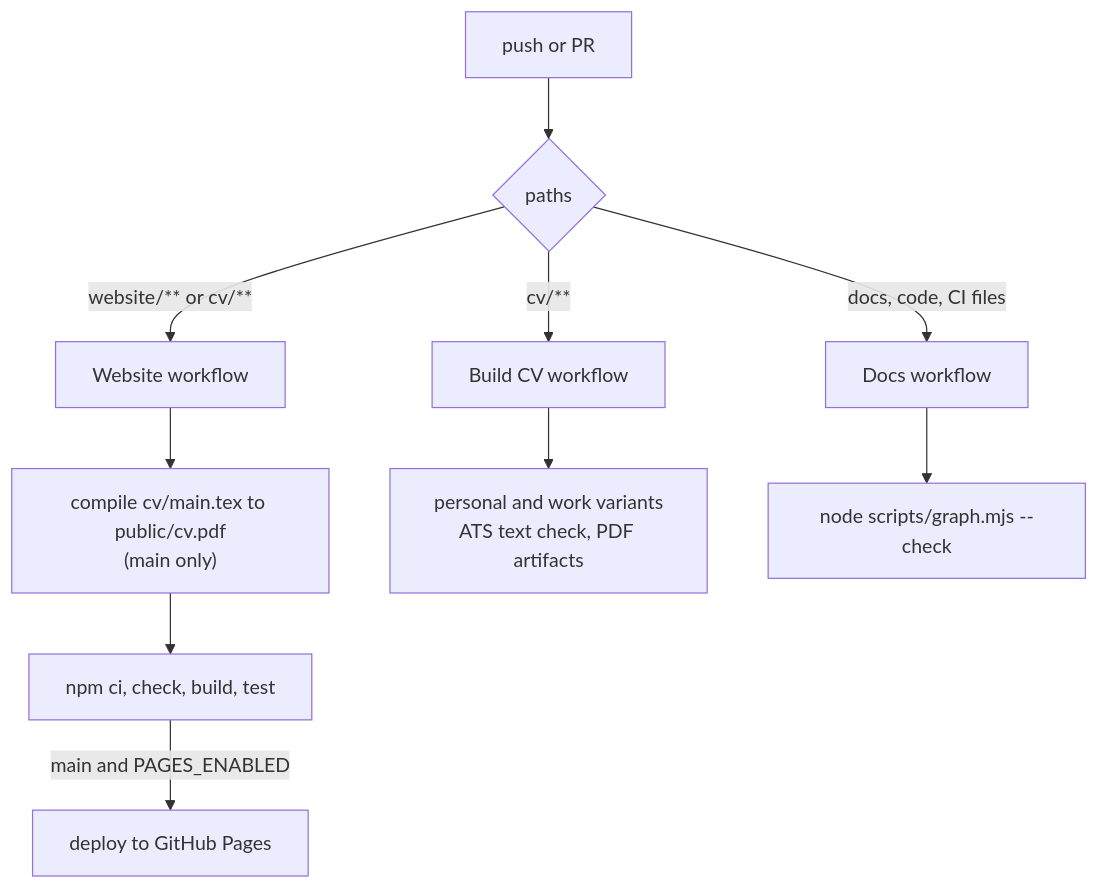
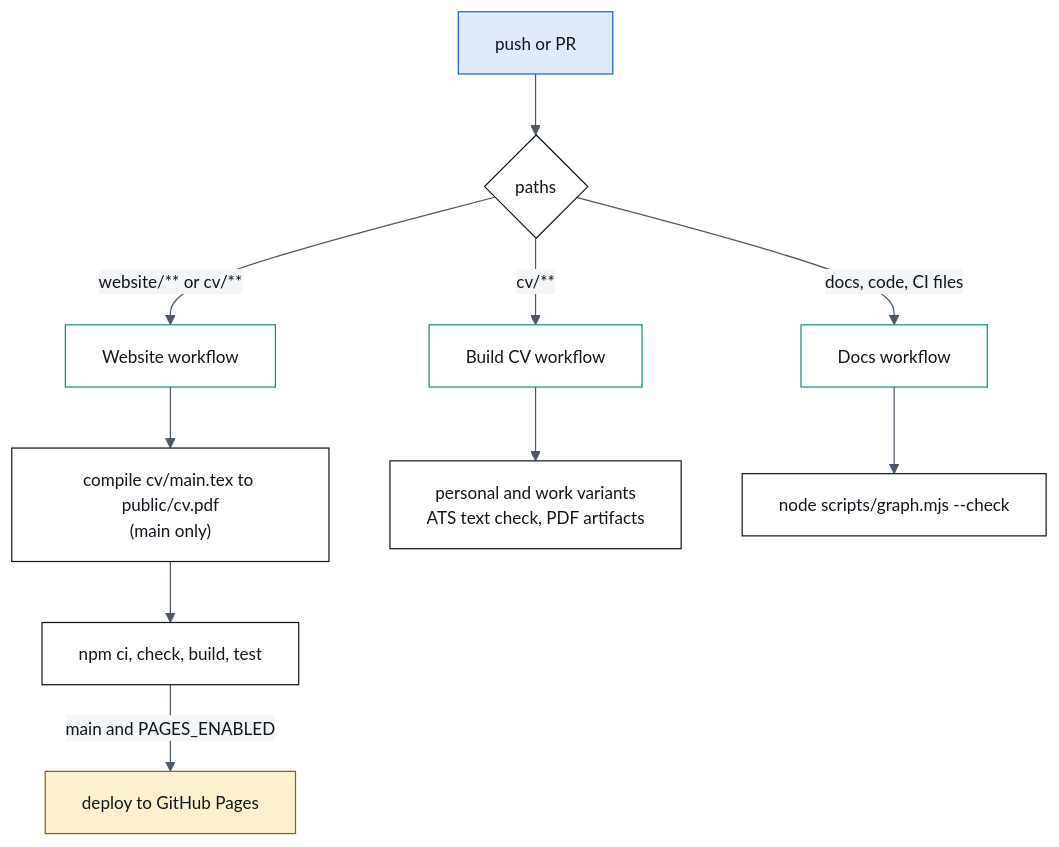
One commit to DvEz373/Personal-Profile-Portfolio changed the diagram in docs/project/architecture.md. Above: the diagram before and after it, drawn with Mermaid. The commit also changed other lines of this file and 13 other files, not shown here.

First line of the commit message:
Docs: designed diagrams in the site palette

````diff
--- a/docs/project/architecture.md
+++ b/docs/project/architecture.md
@@ -60,12 +40,16 @@
 ```mermaid
+%%{init: {"theme": "base", "themeVariables": {"fontSize": "14px", "primaryColor": "#ffffff", "primaryTextColor": "#12161c", "primaryBorderColor": "#12161c", "lineColor": "#4c5866", "secondaryColor": "#f3f5f7", "tertiaryColor": "#f3f5f7", "clusterBkg": "#f3f5f7", "clusterBorder": "#aeb8c3", "edgeLabelBackground": "#f3f5f7"}}}%%
 flowchart TB
-  PUSH[push or PR] --> W{paths}
-  W -->|"website/** or cv/**"| WEB[Website workflow]
-  W -->|"cv/**"| CVW[Build CV workflow]
-  W -->|"docs, code, CI files"| DOCS[Docs workflow]
+  classDef code fill:#e1eaf8,stroke:#1d5fc4,color:#12161c
+  classDef check fill:#ffffff,stroke:#0e8f7e,color:#12161c
+  classDef out fill:#fbf1cf,stroke:#8a6300,color:#12161c
+  PUSH[push or PR]:::code --> W{paths}
+  W -->|"website/** or cv/**"| WEB[Website workflow]:::check
+  W -->|"cv/**"| CVW[Build CV workflow]:::check
+  W -->|"docs, code, CI files"| DOCS[Docs workflow]:::check
   WEB --> C1["compile cv/main.tex to public/cv.pdf<br/>(main only)"]
   C1 --> C2["npm ci, check, build, test"]
-  C2 -->|"main and PAGES_ENABLED"| DEP[deploy to GitHub Pages]
+  C2 -->|"main and PAGES_ENABLED"| DEP[deploy to GitHub Pages]:::out
   CVW --> V1["personal and work variants<br/>ATS text check, PDF artifacts"]
   DOCS --> G["node scripts/graph.mjs --check"]
 ```
````
